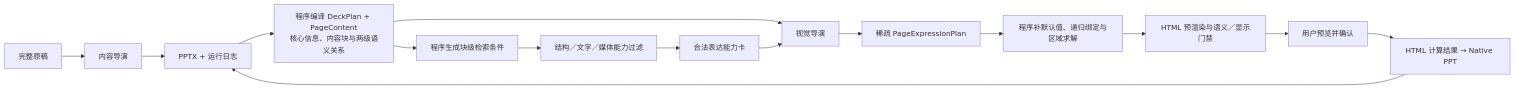
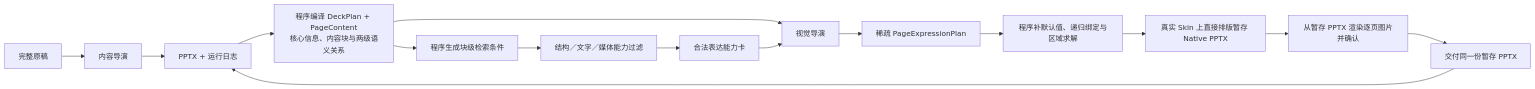
One commit to NEUwpy/PPagenT changed the diagram in docs/工作流/正式生成/生成线架构决策.md. Above: the diagram before and after it, drawn with Mermaid. The commit also changed other lines of this file and 42 other files, not shown here.

````diff
--- a/docs/工作流/正式生成/生成线架构决策.md
+++ b/docs/工作流/正式生成/生成线架构决策.md
@@ -19,17 +19,17 @@
 ```mermaid
 flowchart LR
     A["完整原稿"] --> B["内容导演"]
     B --> M["逐页 Markdown 内容稿\nH1 页面 / H2 主节点 / H3 节点内小标题"]
     M --> C["程序编译 DeckPlan + PageContent\n核心信息、内容块与两级语义关系"]
     C --> D["程序生成块级检索条件"]
     D --> E["结构／文字／媒体能力过滤"]
     E --> F["合法表达能力卡"]
     C --> G["视觉导演"]
     F --> G
     G --> H["稀疏 PageExpressionPlan"]
     H --> I["程序补默认值、递归绑定与区域求解"]
-    I --> J["HTML 预渲染与语义／显示门禁"]
-    J --> K["用户预览并确认"]
-    K --> L["HTML 计算结果 → Native PPT"]
+    I --> J["真实 Skin 上直接排版暂存 Native PPTX"]
+    J --> K["从暂存 PPTX 渲染逐页图片并确认"]
+    K --> L["交付同一份暂存 PPTX"]
     L --> M["PPTX + 运行日志"]
 ```
````
